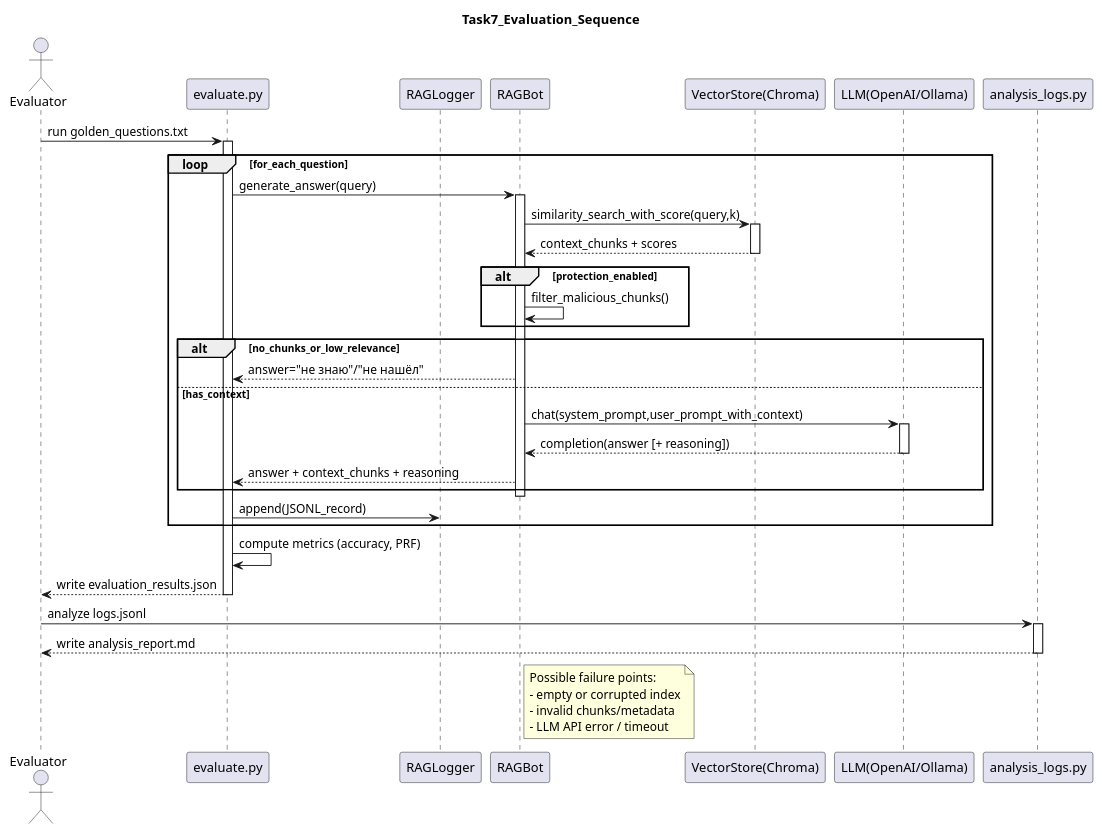
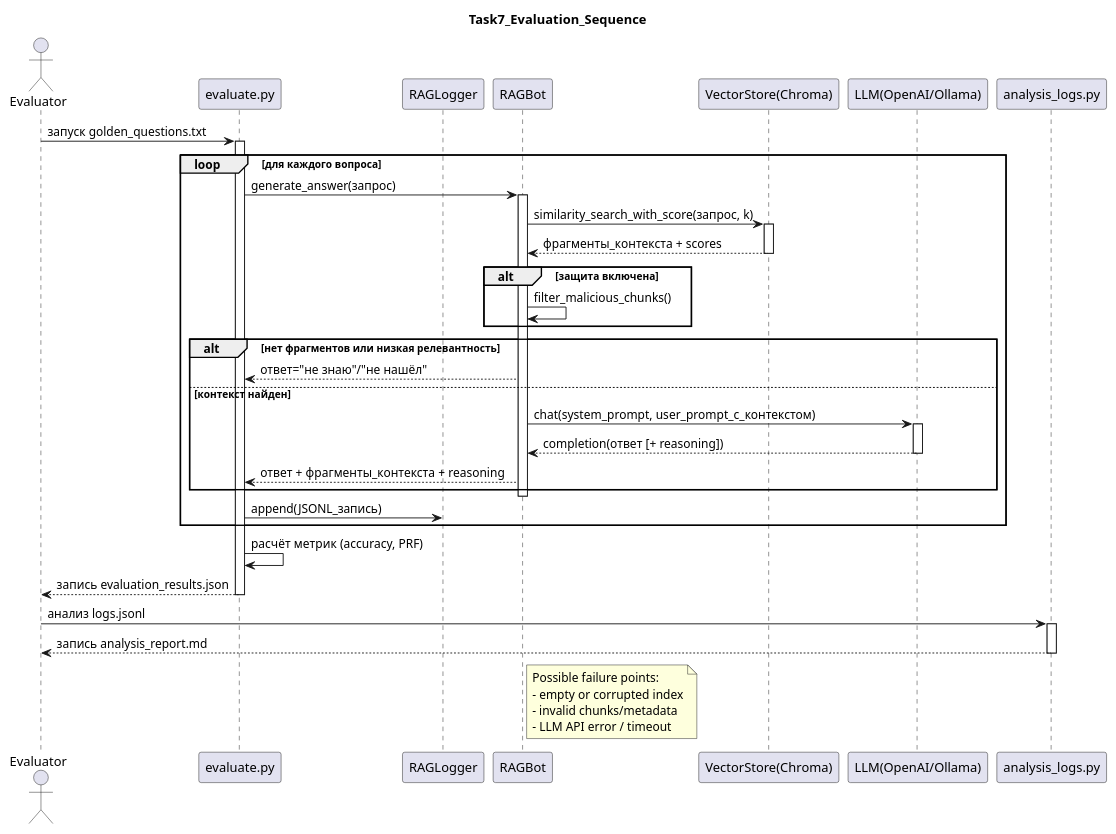
One commit to aymanstepanova/architecture-quantum-forge-bot changed the diagram in task7/evaluation_sequence.puml. Above: the diagram before and after it, drawn with PlantUML.

Commit message:
задание 7: анализ качества и тесты

```diff
--- a/task7/evaluation_sequence.puml
+++ b/task7/evaluation_sequence.puml
@@ -1,58 +1,58 @@
 @startuml
 title Task7_Evaluation_Sequence
 
 actor Evaluator as Eval
 participant "evaluate.py" as Evaluate
 participant "RAGLogger" as Logger
 participant "RAGBot" as Bot
 participant "VectorStore(Chroma)" as VS
 participant "LLM(OpenAI/Ollama)" as LLM
 participant "analysis_logs.py" as Analyze
 
-Eval -> Evaluate : run golden_questions.txt
+Eval -> Evaluate : запуск golden_questions.txt
 activate Evaluate
 
-loop for_each_question
-  Evaluate -> Bot : generate_answer(query)
+loop для каждого вопроса
+  Evaluate -> Bot : generate_answer(запрос)
   activate Bot
 
-  Bot -> VS : similarity_search_with_score(query,k)
+  Bot -> VS : similarity_search_with_score(запрос, k)
   activate VS
-  VS --> Bot : context_chunks + scores
+  VS --> Bot : фрагменты_контекста + scores
   deactivate VS
 
-  alt protection_enabled
+  alt защита включена
     Bot -> Bot : filter_malicious_chunks()
   end
 
-  alt no_chunks_or_low_relevance
-    Bot --> Evaluate : answer="не знаю"/"не нашёл"
-  else has_context
-    Bot -> LLM : chat(system_prompt,user_prompt_with_context)
+  alt нет фрагментов или низкая релевантность
+    Bot --> Evaluate : ответ="не знаю"/"не нашёл"
+  else контекст найден
+    Bot -> LLM : chat(system_prompt, user_prompt_с_контекстом)
     activate LLM
-    LLM --> Bot : completion(answer [+ reasoning])
+    LLM --> Bot : completion(ответ [+ reasoning])
     deactivate LLM
-    Bot --> Evaluate : answer + context_chunks + reasoning
+    Bot --> Evaluate : ответ + фрагменты_контекста + reasoning
   end
   deactivate Bot
 
-  Evaluate -> Logger : append(JSONL_record)
+  Evaluate -> Logger : append(JSONL_запись)
 end
 
-Evaluate -> Evaluate : compute metrics (accuracy, PRF)
-Evaluate --> Eval : write evaluation_results.json
+Evaluate -> Evaluate : расчёт метрик (accuracy, PRF)
+Evaluate --> Eval : запись evaluation_results.json
 deactivate Evaluate
 
-Eval -> Analyze : analyze logs.jsonl
+Eval -> Analyze : анализ logs.jsonl
 activate Analyze
-Analyze --> Eval : write analysis_report.md
+Analyze --> Eval : запись analysis_report.md
 deactivate Analyze
 
 note right of Bot
 Possible failure points:
 - empty or corrupted index
 - invalid chunks/metadata
 - LLM API error / timeout
 end note
 
 @enduml
```
